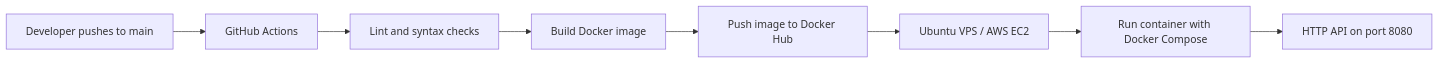
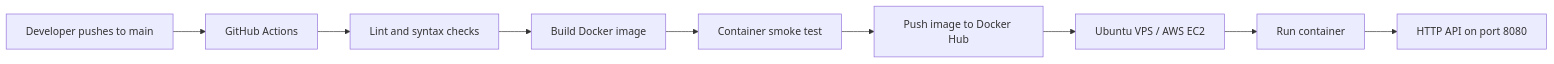
The diagram in README.md (mdhabib99/git-test), drawn with Mermaid before and after one commit. The commit also changed other lines of this file, not shown here.

````diff
--- a/README.md
+++ b/README.md
@@ -7,10 +15,11 @@
 ```mermaid
 flowchart LR
     A[Developer pushes to main] --> B[GitHub Actions]
     B --> C[Lint and syntax checks]
     C --> D[Build Docker image]
-    D --> E[Push image to Docker Hub]
-    E --> F[Ubuntu VPS / AWS EC2]
-    F --> G[Run container with Docker Compose]
-    G --> H[HTTP API on port 8080]
+    D --> E[Container smoke test]
+    E --> F[Push image to Docker Hub]
+    F --> G[Ubuntu VPS / AWS EC2]
+    G --> H[Run container]
+    H --> I[HTTP API on port 8080]
 ```
````
